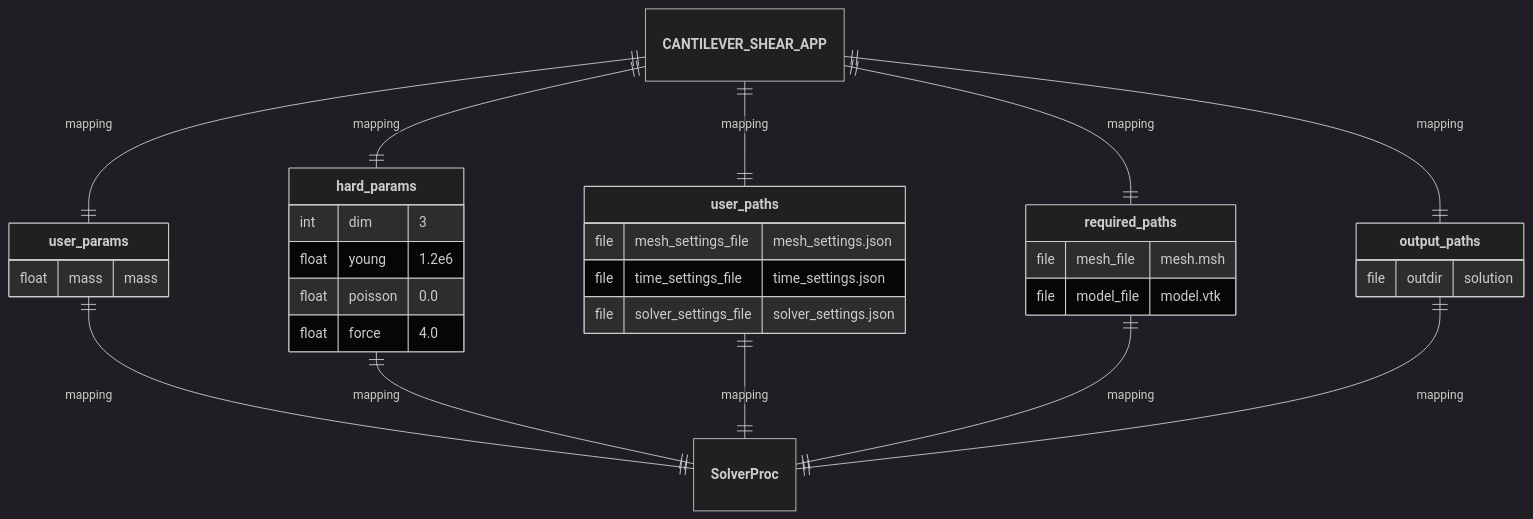
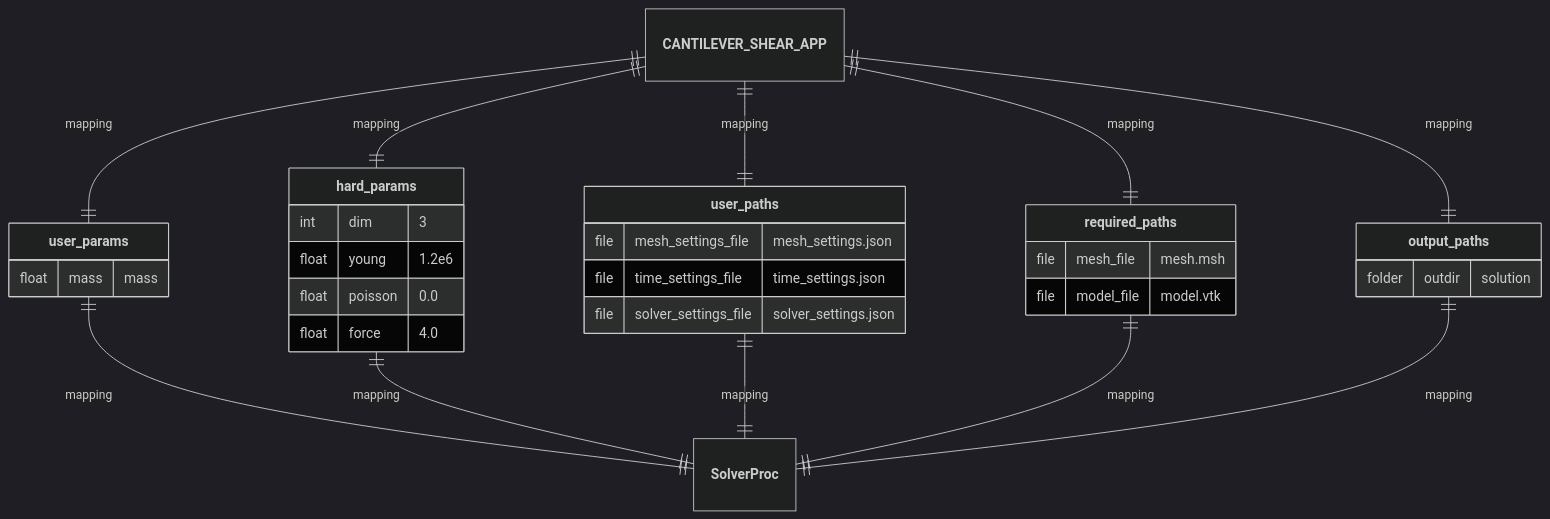
Before and after one commit to nuremics/sim-labs: the sixth of 14 diagrams in src/nuremics_labs/apps/simulation/CANTILEVER_SHEAR_APP/README.md, drawn with Mermaid (dark theme). The commit also changed other lines of this file and 3 other files, not shown here.

````diff
--- a/src/nuremics_labs/apps/simulation/CANTILEVER_SHEAR_APP/README.md
+++ b/src/nuremics_labs/apps/simulation/CANTILEVER_SHEAR_APP/README.md
@@ -144,35 +149,35 @@
 ```mermaid
 erDiagram
-**CANTILEVER_SHEAR_APP** ||--|| **user_params** : mapping
+  **CANTILEVER_SHEAR_APP** ||--|| **user_params** : mapping
   **CANTILEVER_SHEAR_APP** ||--|| **hard_params** : mapping
   **CANTILEVER_SHEAR_APP** ||--|| **user_paths** : mapping
   **CANTILEVER_SHEAR_APP** ||--|| **required_paths** : mapping
   **CANTILEVER_SHEAR_APP** ||--|| **output_paths** : mapping
   **user_params** ||--|| **SolverProc** : mapping
   **hard_params** ||--|| **SolverProc** : mapping
   **user_paths** ||--|| **SolverProc** : mapping
   **required_paths** ||--|| **SolverProc** : mapping
   **output_paths** ||--|| **SolverProc** : mapping
 
   **user_params** {
     float mass "mass"
   }
   **hard_params** {
     int dim "3"
     float young "1.2e6"
     float poisson "0.0"
     float force "4.0"
   }
   **user_paths** {
     file mesh_settings_file "mesh_settings.json"
     file time_settings_file "time_settings.json"
     file solver_settings_file "solver_settings.json"
   }
   **required_paths** {
     file mesh_file "mesh.msh"
     file model_file "model.vtk"
   }
   **output_paths** {
-    file outdir "solution"
+    folder outdir "solution"
   }
 ```
````
